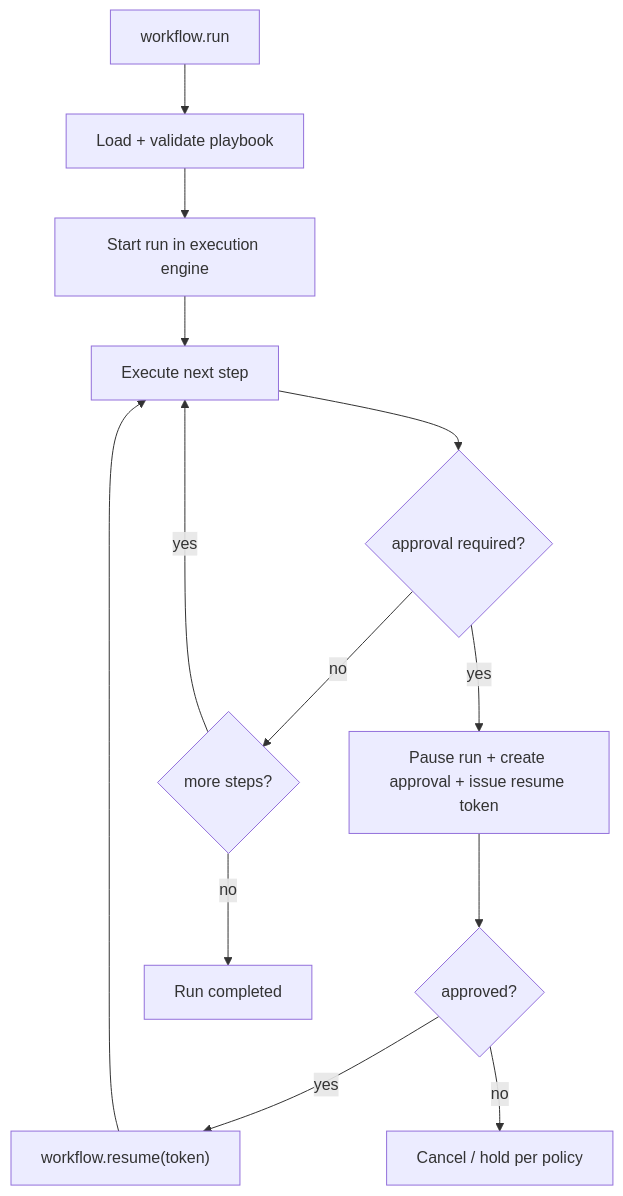
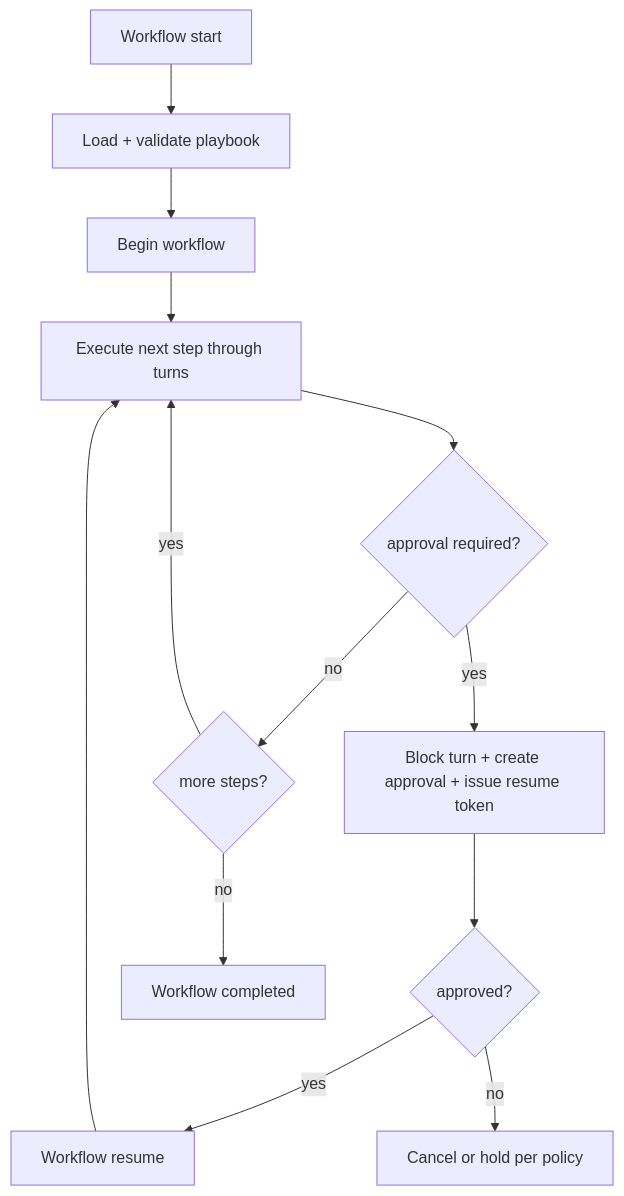
One commit to tyrumai/tyrum changed the diagram in docs/architecture/gateway/playbooks.md. Above: the diagram before and after it, drawn with Mermaid. The commit also changed other lines of this file and 56 other files, not shown here.

Commit message:
docs: rewrite architecture around conversations and turns (#1829)

````diff
--- a/docs/architecture/gateway/playbooks.md
+++ b/docs/architecture/gateway/playbooks.md
@@ -17,15 +17,15 @@
 ```mermaid
 flowchart TB
-  RunReq["workflow.run"] --> Parse["Load + validate playbook"]
-  Parse --> Start["Start run in execution engine"]
-  Start --> Step["Execute next step"]
+  StartReq["Workflow start"] --> Parse["Load + validate playbook"]
+  Parse --> Begin["Begin workflow"]
+  Begin --> Step["Execute next step through turns"]
   Step --> NeedsApproval{"approval required?"}
   NeedsApproval -- no --> More{"more steps?"}
-  NeedsApproval -- yes --> Pause["Pause run + create approval + issue resume token"]
+  NeedsApproval -- yes --> Pause["Block turn + create approval + issue resume token"]
   Pause --> Decision{"approved?"}
-  Decision -- yes --> Resume["workflow.resume(token)"]
-  Decision -- no --> Cancel["Cancel / hold per policy"]
+  Decision -- yes --> Resume["Workflow resume"]
+  Decision -- no --> Cancel["Cancel or hold per policy"]
   Resume --> Step
   More -- yes --> Step
-  More -- no --> Done["Run completed"]
+  More -- no --> Done["Workflow completed"]
 ```
````
